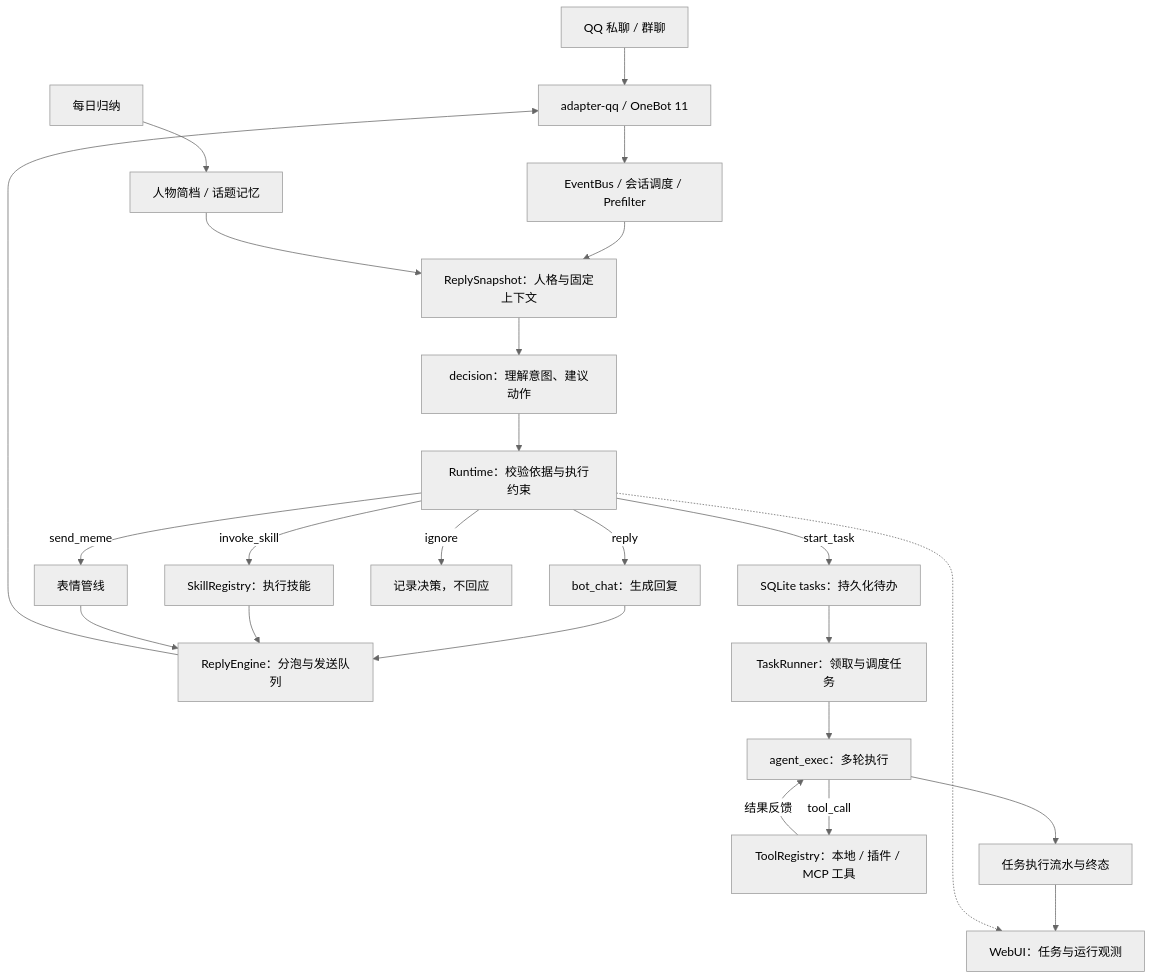
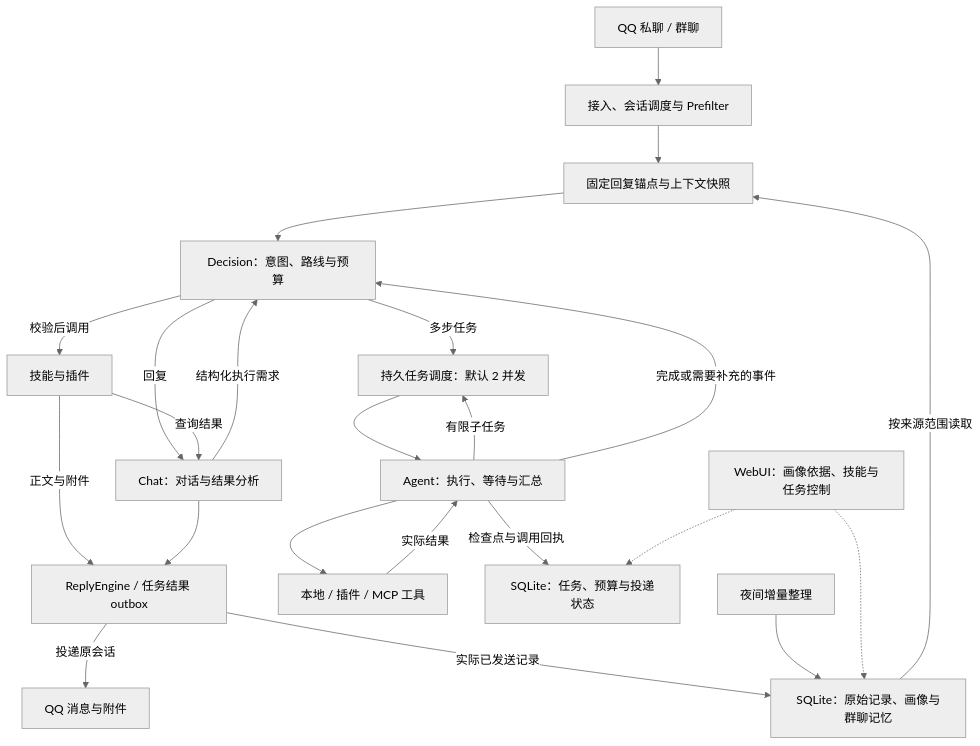
The diagram in README.md (haotemans/youning), drawn with Mermaid (neutral theme) before and after one commit. The commit also changed other lines of this file, not shown here.

Commit message:
docs: synchronize README with memory and agent runtime (#17)

````diff
--- a/README.md
+++ b/README.md
@@ -47,26 +47,25 @@
 ```mermaid
 flowchart TD
-    Input["QQ 私聊 / 群聊"] --> Adapter["adapter-qq / OneBot 11"]
-    Adapter --> Pipeline["EventBus / 会话调度 / Prefilter"]
-    Pipeline --> Snapshot["ReplySnapshot：人格与固定上下文"]
-    Memory["人物简档 / 话题记忆"] --> Snapshot
-    Snapshot --> Decision["decision：理解意图、建议动作"]
-    Decision --> Policy["Runtime：校验依据与执行约束"]
-    Policy -->|reply| Chat["bot_chat：生成回复"]
-    Policy -->|invoke_skill| Skills["SkillRegistry：执行技能"]
-    Policy -->|send_meme| Meme["表情管线"]
-    Policy -->|ignore| Ignore["记录决策，不回应"]
-    Chat --> Reply["ReplyEngine：分泡与发送队列"]
-    Skills --> Reply
-    Meme --> Reply
-    Reply --> Adapter
-    Policy -->|start_task| Tasks["SQLite tasks：持久化待办"]
-    Tasks --> Runner["TaskRunner：领取与调度任务"]
-    Runner --> Exec["agent_exec：多轮执行"]
-    Exec -->|tool_call| Tools["ToolRegistry：本地 / 插件 / MCP 工具"]
-    Tools -->|结果反馈| Exec
-    Exec --> Records["任务执行流水与终态"]
-    Records --> WebUI["WebUI：任务与运行观测"]
-    Policy -.-> WebUI
-    Consolidation["每日归纳"] --> Memory
+    Input["QQ 私聊 / 群聊"] --> Pipeline["接入、会话调度与 Prefilter"]
+    Pipeline --> Context["固定回复锚点与上下文快照"]
+    Memory["SQLite：原始记录、画像与群聊记忆"] -->|按来源范围读取| Context
+    Context --> Decision["Decision：意图、路线与预算"]
+    Decision -->|回复| Chat["Chat：对话与结果分析"]
+    Chat -->|结构化执行需求| Decision
+    Decision -->|校验后调用| Skills["技能与插件"]
+    Skills -->|查询结果| Chat
+    Skills -->|正文与附件| Reply["ReplyEngine / 任务结果 outbox"]
+    Decision -->|多步任务| Scheduler["持久任务调度：默认 2 并发"]
+    Scheduler --> Agent["Agent：执行、等待与汇总"]
+    Agent -->|有限子任务| Scheduler
+    Agent --> Tools["本地 / 插件 / MCP 工具"]
+    Tools -->|实际结果| Agent
+    Agent -->|完成或需要补充的事件| Decision
+    Agent -->|检查点与调用回执| State["SQLite：任务、预算与投递状态"]
+    Chat --> Reply
+    Reply -->|投递原会话| Delivery["QQ 消息与附件"]
+    Reply -->|实际已发送记录| Memory
+    Nightly["夜间增量整理"] --> Memory
+    WebUI["WebUI：画像依据、技能与任务控制"] -.-> State
+    WebUI -.-> Memory
 ```
````
